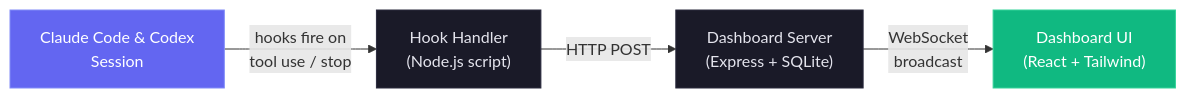
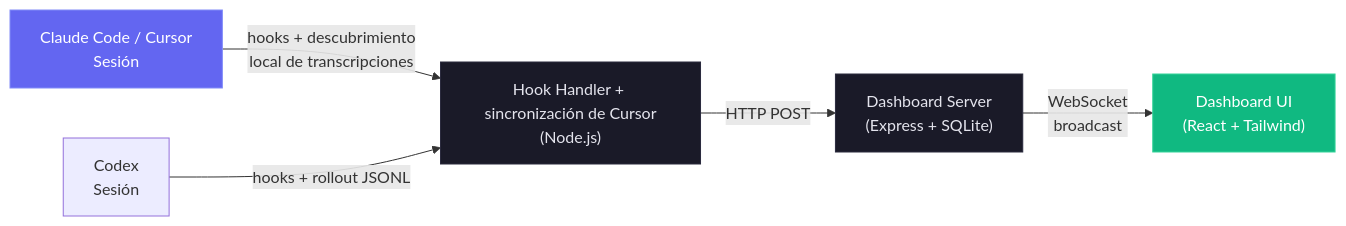
Before and after one commit to Doccy008/Claude-Code-Agent-Monitor: the first of 22 diagrams in README-ES.md, drawn with Mermaid. The commit also changed other lines of this file and 3 other files, not shown here.

````diff
--- a/README-ES.md
+++ b/README-ES.md
@@ -119,10 +119,11 @@
 ```mermaid
 graph LR
-    A["Claude Code & Codex<br/>Session"] -->|hooks fire on<br/>tool use / stop| B["Hook Handler<br/>(Node.js script)"]
+    A["Claude Code / Cursor<br/>Sesión"] -->|hooks + descubrimiento<br/>local de transcripciones| B["Hook Handler + sincronización de Cursor<br/>(Node.js)"]
+    X["Codex<br/>Sesión"] -->|hooks + rollout JSONL| B
     B -->|HTTP POST| C["Dashboard Server<br/>(Express + SQLite)"]
     C -->|WebSocket<br/>broadcast| D["Dashboard UI<br/>(React + Tailwind)"]
     style A fill:#6366f1,stroke:#818cf8,color:#fff
     style B fill:#1a1a28,stroke:#2a2a3d,color:#e4e4ed
     style C fill:#1a1a28,stroke:#2a2a3d,color:#e4e4ed
     style D fill:#10b981,stroke:#34d399,color:#fff
 ```
````
